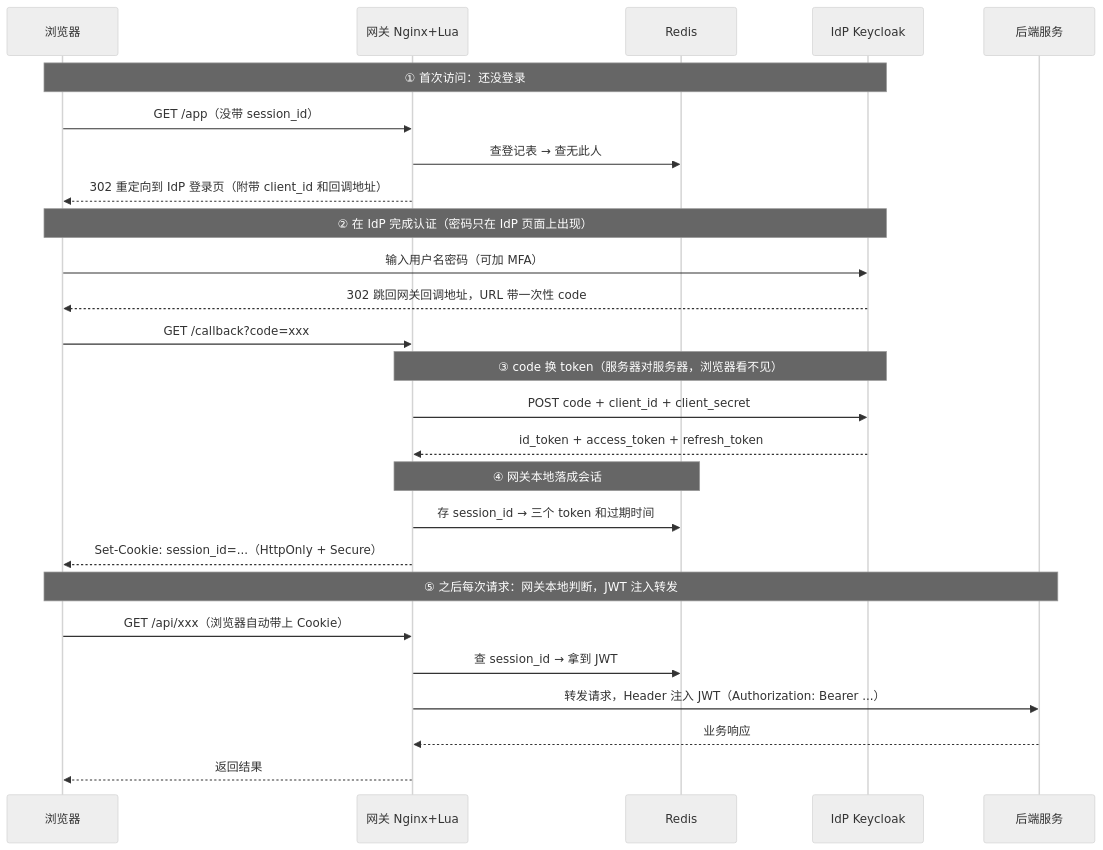
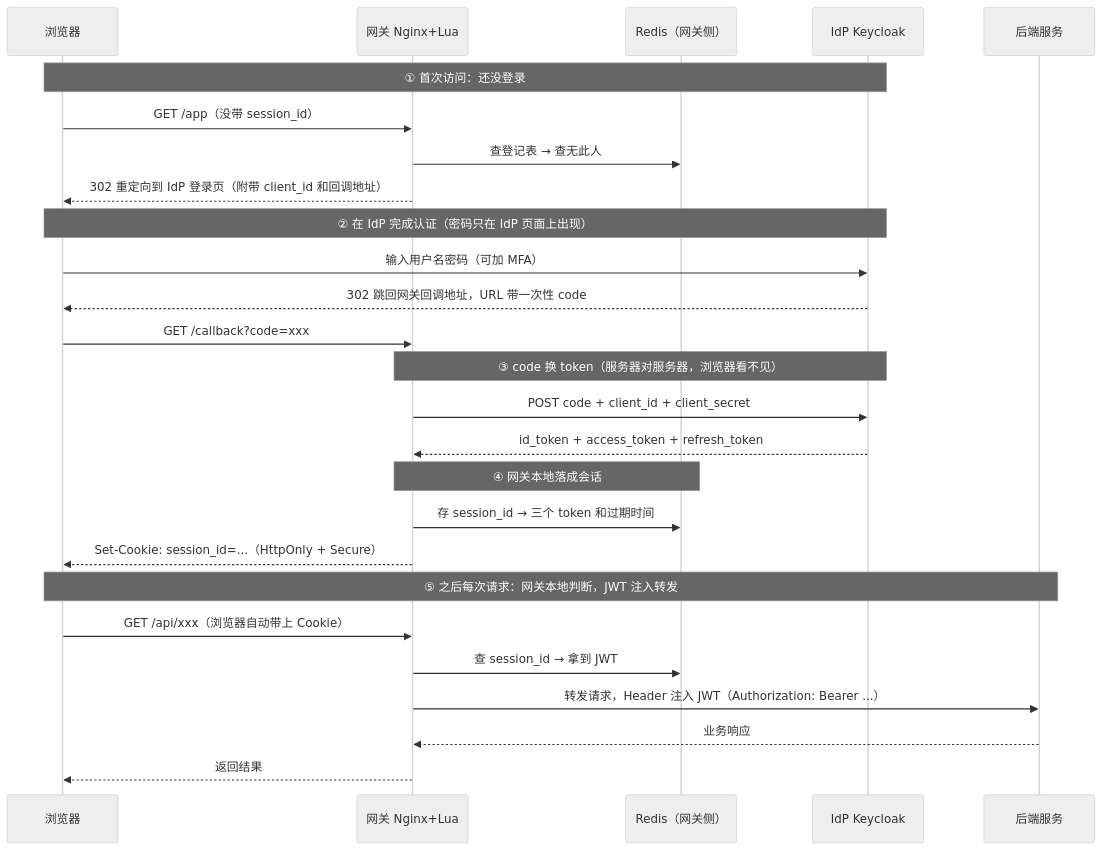
One commit to YoRsk/YoRsk.github.io changed the diagram in src/content/posts/how-to-add-screenshots.md. Above: the diagram before and after it, drawn with Mermaid (neutral theme). The commit also changed other lines of this file, not shown here.

Commit message:
content: SSO 笔记补充 Redis 归属与两层会话（IdP 侧 SSO session vs 网关侧 session）

````diff
--- a/src/content/posts/how-to-add-screenshots.md
+++ b/src/content/posts/how-to-add-screenshots.md
@@ -51,33 +63,33 @@
 ```mermaid
 sequenceDiagram
     participant B as 浏览器
     participant G as 网关 Nginx+Lua
-    participant R as Redis
+    participant R as Redis（网关侧）
     participant I as IdP Keycloak
     participant S as 后端服务
 
     Note over B,I: ① 首次访问：还没登录
     B->>G: GET /app（没带 session_id）
     G->>R: 查登记表 → 查无此人
     G-->>B: 302 重定向到 IdP 登录页（附带 client_id 和回调地址）
 
     Note over B,I: ② 在 IdP 完成认证（密码只在 IdP 页面上出现）
     B->>I: 输入用户名密码（可加 MFA）
     I-->>B: 302 跳回网关回调地址，URL 带一次性 code
     B->>G: GET /callback?code=xxx
 
     Note over G,I: ③ code 换 token（服务器对服务器，浏览器看不见）
     G->>I: POST code + client_id + client_secret
     I-->>G: id_token + access_token + refresh_token
 
     Note over G,R: ④ 网关本地落成会话
     G->>R: 存 session_id → 三个 token 和过期时间
     G-->>B: Set-Cookie: session_id=...（HttpOnly + Secure）
 
     Note over B,S: ⑤ 之后每次请求：网关本地判断，JWT 注入转发
     B->>G: GET /api/xxx（浏览器自动带上 Cookie）
     G->>R: 查 session_id → 拿到 JWT
     G->>S: 转发请求，Header 注入 JWT（Authorization: Bearer ...）
     S-->>G: 业务响应
     G-->>B: 返回结果
 ```
````
